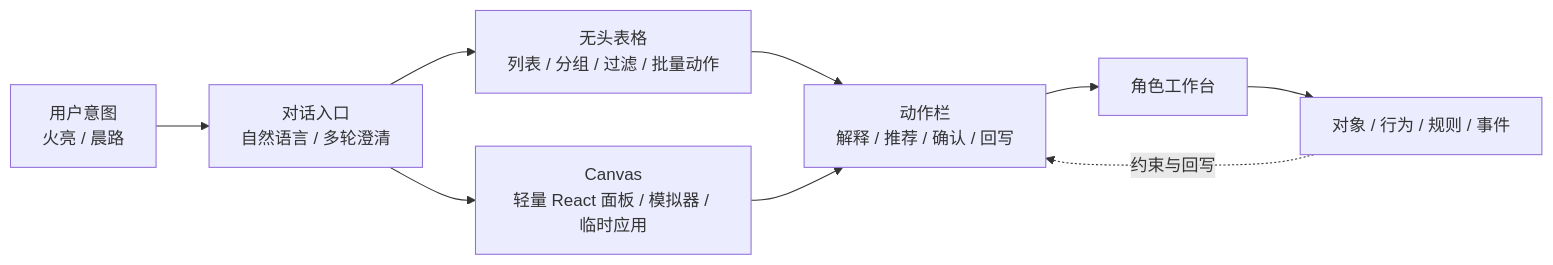
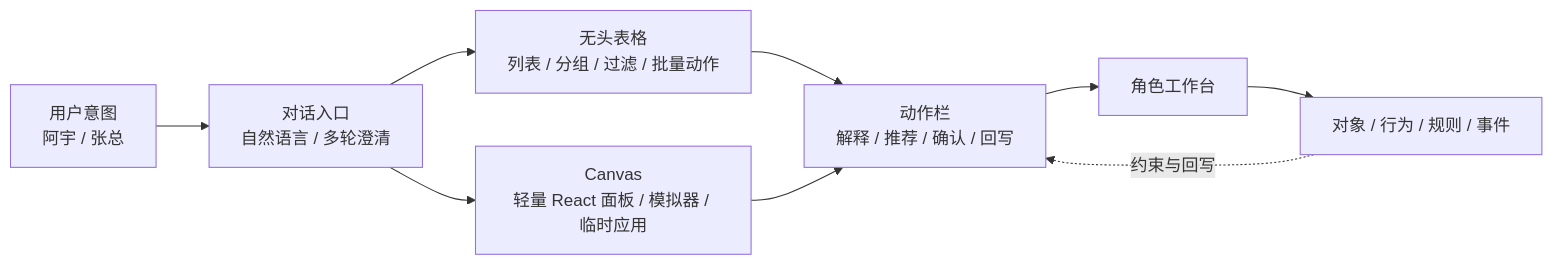
Before and after one commit to weeks1743/ontology: the second of 2 diagrams in docs/articles/01-ai-native-app-platform-from-crm.md, drawn with Mermaid. The commit also changed other lines of this file and 26 other files, not shown here.

````diff
--- a/docs/articles/01-ai-native-app-platform-from-crm.md
+++ b/docs/articles/01-ai-native-app-platform-from-crm.md
@@ -292,19 +302,19 @@
 ```mermaid
 flowchart LR
-    U["用户意图<br/>火亮 / 晨路"]
+    U["用户意图<br/>阿宇 / 张总"]
     C["对话入口<br/>自然语言 / 多轮澄清"]
     T["无头表格<br/>列表 / 分组 / 过滤 / 批量动作"]
     V["Canvas<br/>轻量 React 面板 / 模拟器 / 临时应用"]
     A["动作栏<br/>解释 / 推荐 / 确认 / 回写"]
     W["角色工作台"]
     O["对象 / 行为 / 规则 / 事件"]
 
     U --> C
     C --> T
     C --> V
     T --> A
     V --> A
     A --> W
     W --> O
     O -.约束与回写.-> A
 ```
````
